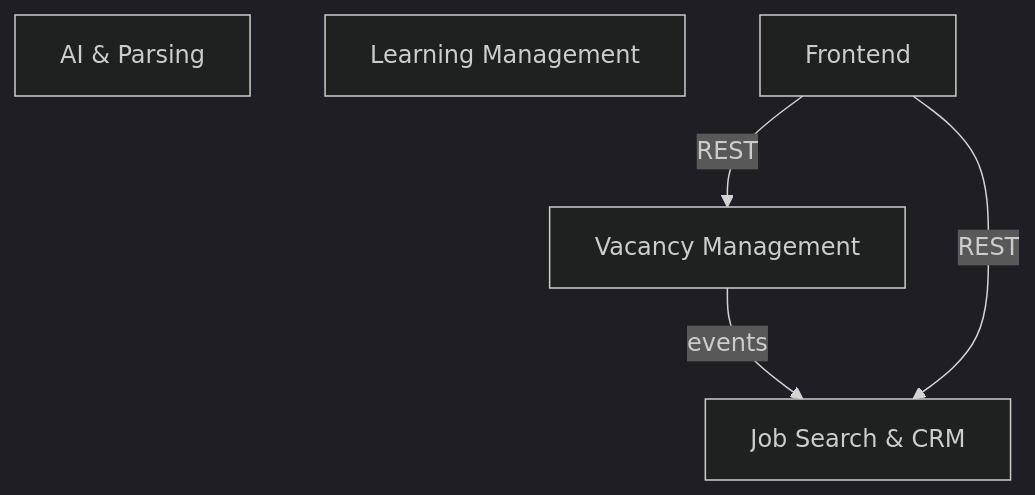
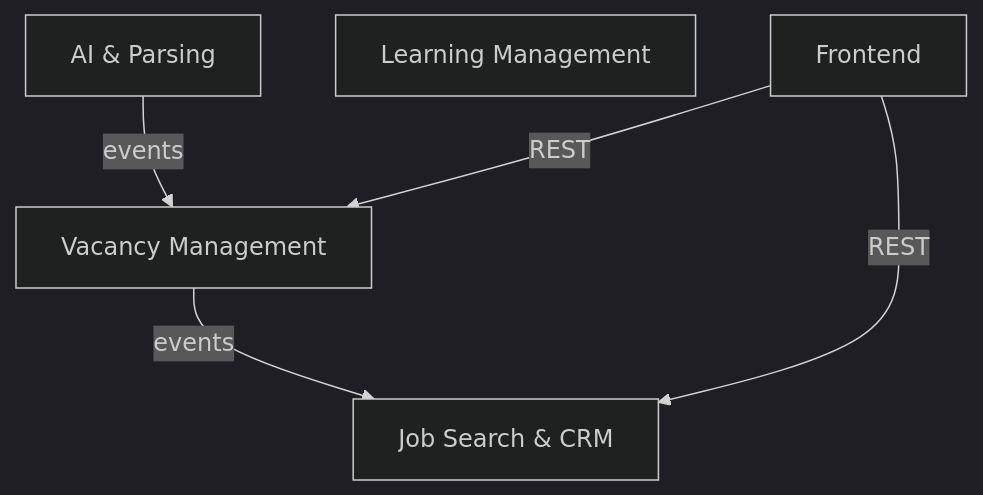
The diagram in docs/context-map.md (AIJobResearcher/docs), drawn with Mermaid (dark theme) before and after one commit. The commit also changed other lines of this file and 11 other files, not shown here.

````diff
--- a/docs/context-map.md
+++ b/docs/context-map.md
@@ -59,8 +114,9 @@
 ```mermaid
 graph TD
     AI[AI & Parsing]
     LM[Learning Management]
     VM[Vacancy Management] -->|events| CRM[Job Search & CRM]
+    AI -->|events| VM
     FE[Frontend] -->|REST| CRM
     FE -->|REST| VM
 ```
````
